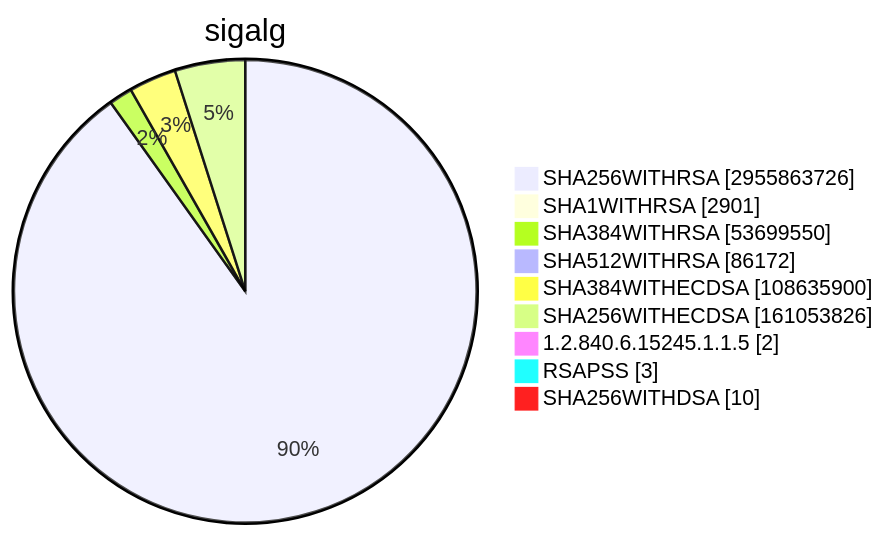
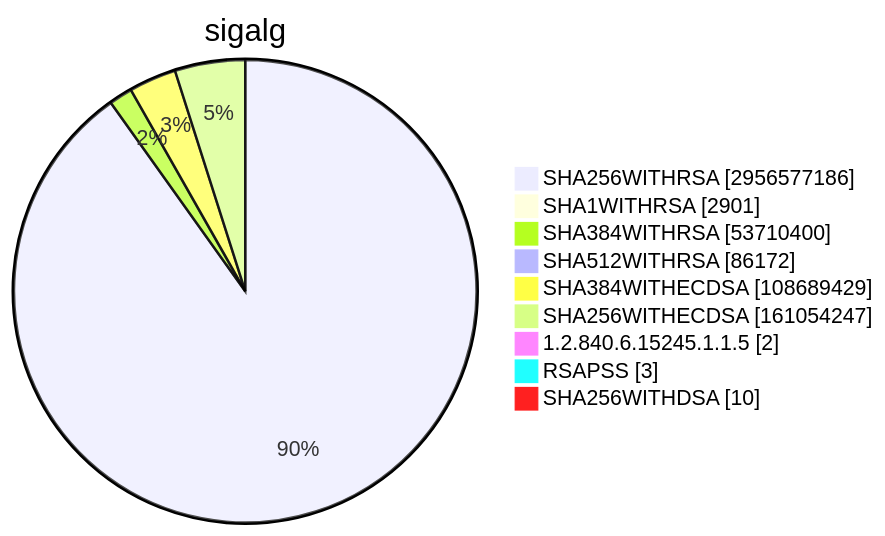
Before and after one commit to christiankrug/ctmonitor_visualization: diagram 15 of 15 in TOTAL/README.md, drawn with Mermaid. The commit also changed other lines of this file, not shown here.

````diff
--- a/TOTAL/README.md
+++ b/TOTAL/README.md
@@ -6207,13 +6207,13 @@
 ```mermaid
 pie showData
 title sigalg
-"SHA256WITHRSA" :2955863726
+"SHA256WITHRSA" :2956577186
 "SHA1WITHRSA" :2901
-"SHA384WITHRSA" :53699550
+"SHA384WITHRSA" :53710400
 "SHA512WITHRSA" :86172
-"SHA384WITHECDSA" :108635900
-"SHA256WITHECDSA" :161053826
+"SHA384WITHECDSA" :108689429
+"SHA256WITHECDSA" :161054247
 "1.2.840.6.15245.1.1.5" :2
 "RSAPSS" :3
 "SHA256WITHDSA" :10
 ```
````
